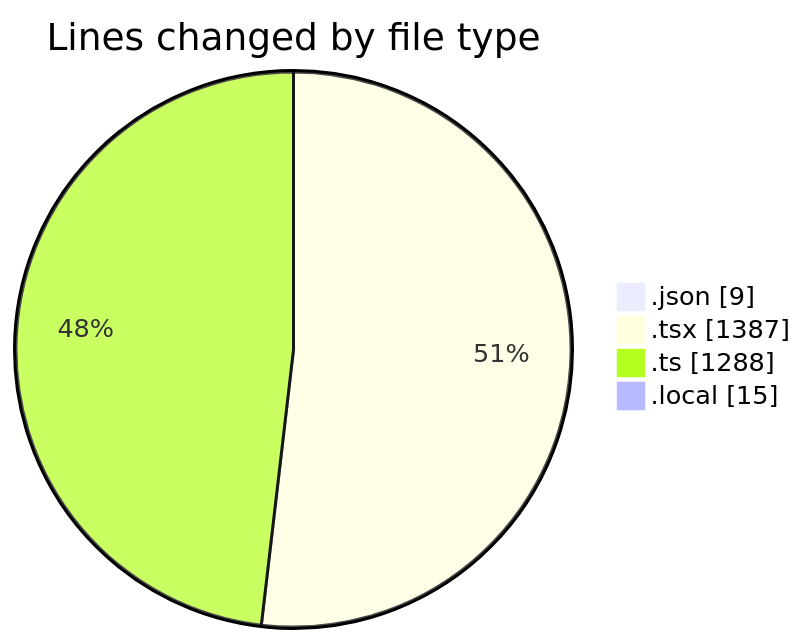
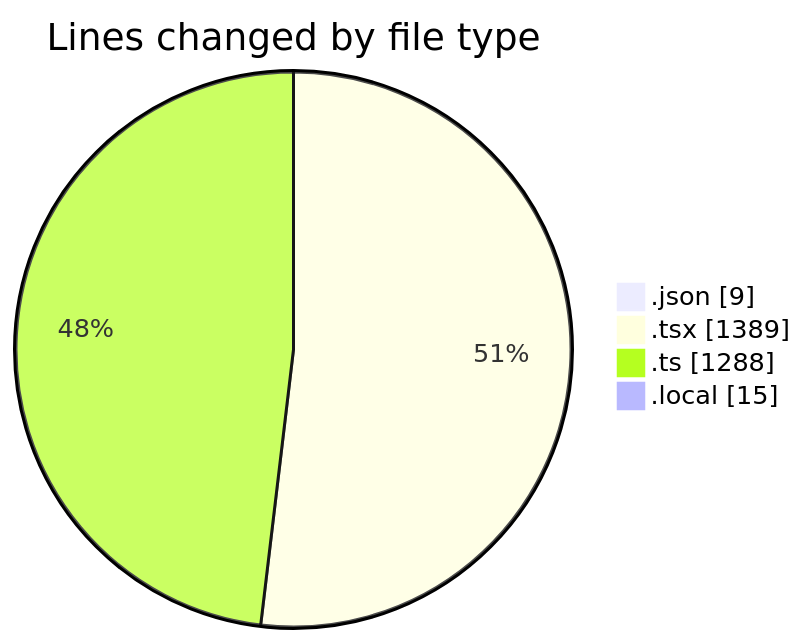
Before and after one commit to julien-gomy/code-tracking: the first of 2 diagrams in 2025-10-27/eventscop-frontend-guide__workspace_/README.md, drawn with Mermaid. The commit also changed other lines of this file and 1 other file, not shown here.

````diff
--- a/2025-10-27/eventscop-frontend-guide__workspace_/README.md
+++ b/2025-10-27/eventscop-frontend-guide__workspace_/README.md
@@ -33,8 +33,8 @@
 ```mermaid
 pie showData
 title Lines changed by file type
 ".json" : 9
-".tsx" : 1387
+".tsx" : 1389
 ".ts" : 1288
 ".local" : 15
 ```
````
